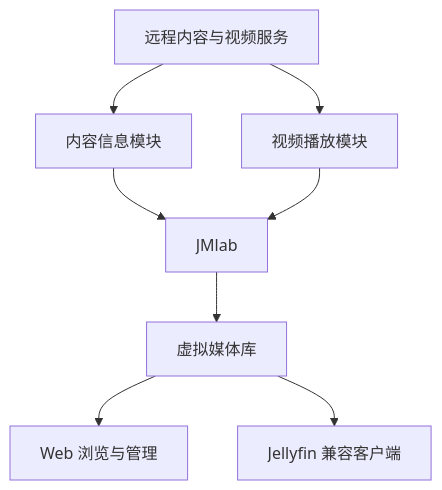
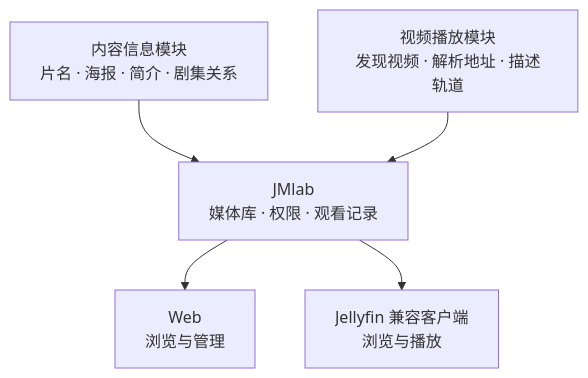
One commit to graysui/JMlab changed the diagram in README.md. Above: the diagram before and after it, drawn with Mermaid. The commit also changed other lines of this file and 2 other files, not shown here.

````diff
--- a/README.md
+++ b/README.md
@@ -51,10 +58,7 @@
 ```mermaid
 flowchart TD
-    R[远程内容与视频服务] --> A
-    R --> B
-    A[内容信息模块] --> C[JMlab]
-    B[视频播放模块] --> C
-    C --> D[虚拟媒体库]
-    D --> E[Web 浏览与管理]
-    D --> F[Jellyfin 兼容客户端]
+    A[内容信息模块<br/>片名 · 海报 · 简介 · 剧集关系] --> C[JMlab<br/>媒体库 · 权限 · 观看记录]
+    B[视频播放模块<br/>发现视频 · 解析地址 · 描述轨道] --> C
+    C --> D[Web<br/>浏览与管理]
+    C --> E[Jellyfin 兼容客户端<br/>浏览与播放]
 ```
````
